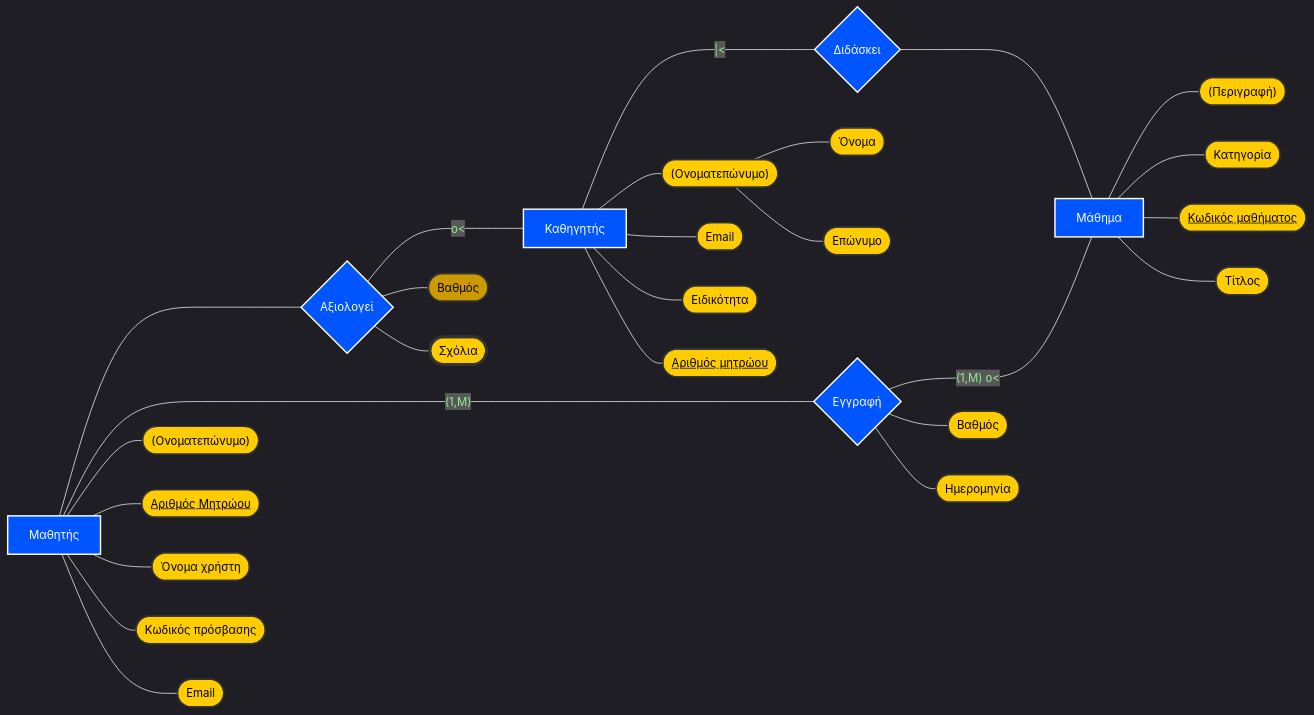
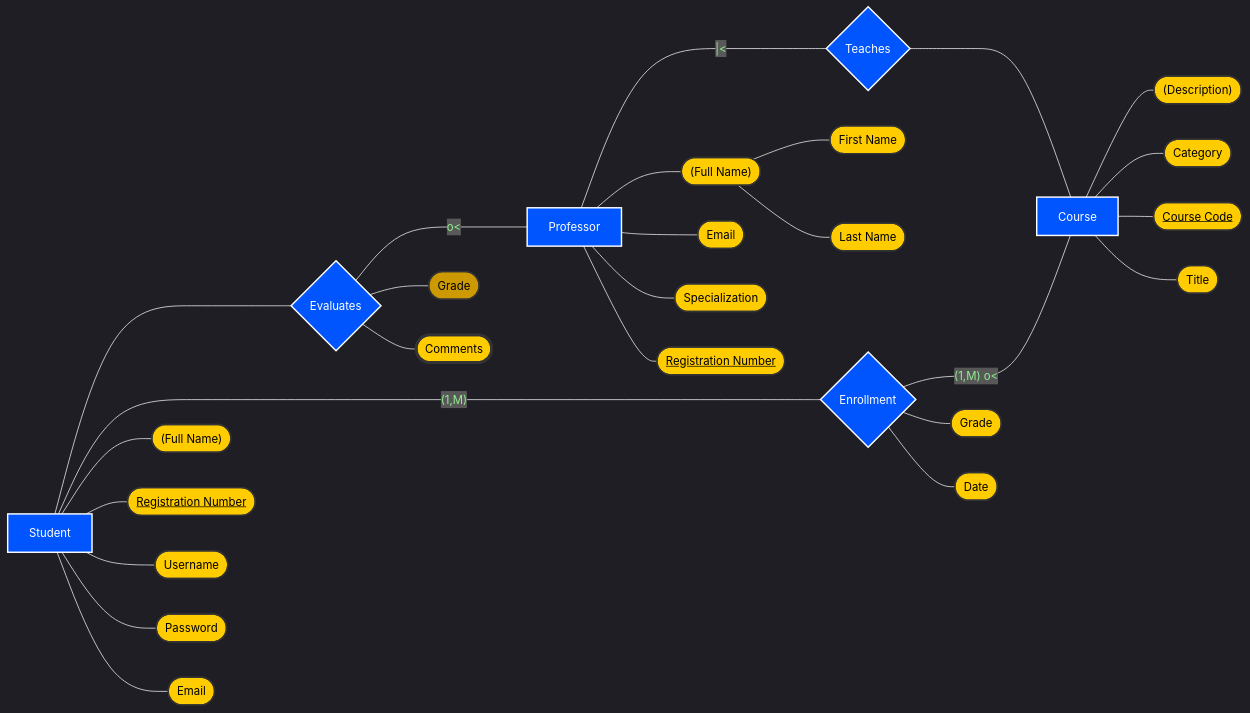
The diagram in db_relations_diagram.md (PanagopoulosNikolaos/ScholarConnect), drawn with Mermaid before and after one commit. The commit also changed other lines of this file, not shown here.

Commit message:
feat: translate diagram labels to English and add SQL schema definition

```diff
--- a/db_relations_diagram.md
+++ b/db_relations_diagram.md
@@ -4,14 +4,14 @@
     %% Diagram name: askbd
 
     %% Entities
-    S[Μαθητής]
-    P[Καθηγητής]
-    C[Μάθημα]
+    S[Student]
+    P[Professor]
+    C[Course]
 
     %% Relationships
-    Eval{Αξιολογεί}
-    Enroll{Εγγραφή}
-    Teach{Διδάσκει}
+    Eval{Evaluates}
+    Enroll{Enrollment}
+    Teach{Teaches}
 
     %% Entity-Relationship Connections (using longer lines to untangle)
     S ---- Eval
@@ -24,10 +24,10 @@
     Teach ---- C
 
     %% Attributes S
-    S_Name(["(Ονοματεπώνυμο)"])
-    S_AM(["<u>Αριθμός Μητρώου</u>"])
-    S_User([Όνομα χρήστη])
-    S_Pass([Κωδικός πρόσβασης])
+    S_Name(["(Full Name)"])
+    S_AM(["<u>Registration Number</u>"])
+    S_User([Username])
+    S_Pass([Password])
     S_Email([Email])
 
     S --- S_Name
@@ -37,19 +37,19 @@
     S --- S_Email
 
     %% Attributes Eval
-    Eval_Grade([Βαθμός]):::shaded
-    Eval_Comments([Σχόλια]):::multivalued
+    Eval_Grade([Grade]):::shaded
+    Eval_Comments([Comments]):::multivalued
 
     Eval --- Eval_Grade
     Eval --- Eval_Comments
 
     %% Attributes P
-    P_Name(["(Ονοματεπώνυμο)"])
-    P_FName([Όνομα])
-    P_LName([Επώνυμο])
+    P_Name(["(Full Name)"])
+    P_FName([First Name])
+    P_LName([Last Name])
     P_Email([Email])
-    P_Spec([Ειδικότητα])
-    P_AM(["<u>Αριθμός μητρώου</u>"])
+    P_Spec([Specialization])
+    P_AM(["<u>Registration Number</u>"])
 
     P --- P_Name
     P_Name --- P_FName
@@ -59,17 +59,17 @@
     P --- P_AM
 
     %% Attributes Enroll
-    Enroll_Grade([Βαθμός])
-    Enroll_Date([Ημερομηνία])
+    Enroll_Grade([Grade])
+    Enroll_Date([Date])
 
     Enroll --- Enroll_Grade
     Enroll --- Enroll_Date
 
     %% Attributes C
-    C_Desc(["(Περιγραφή)"])
-    C_Cat([Κατηγορία])
-    C_Code(["<u>Κωδικός μαθήματος</u>"])
-    C_Title([Τίτλος])
+    C_Desc(["(Description)"])
+    C_Cat([Category])
+    C_Code(["<u>Course Code</u>"])
+    C_Title([Title])
 
     C --- C_Desc
     C --- C_Cat
```
